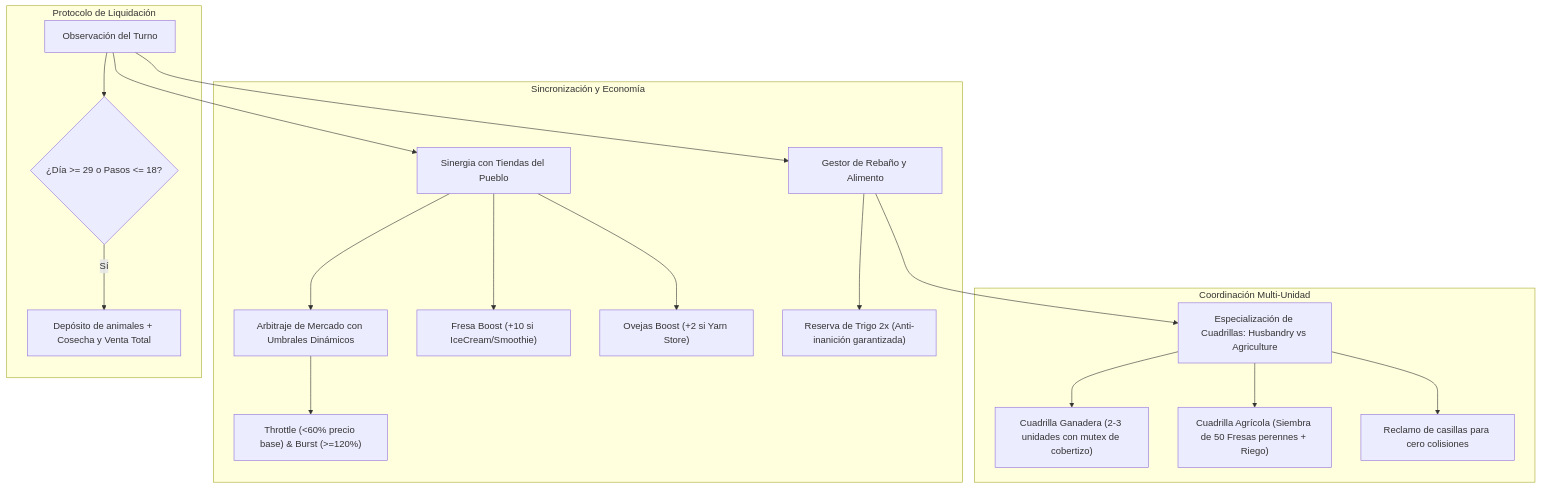
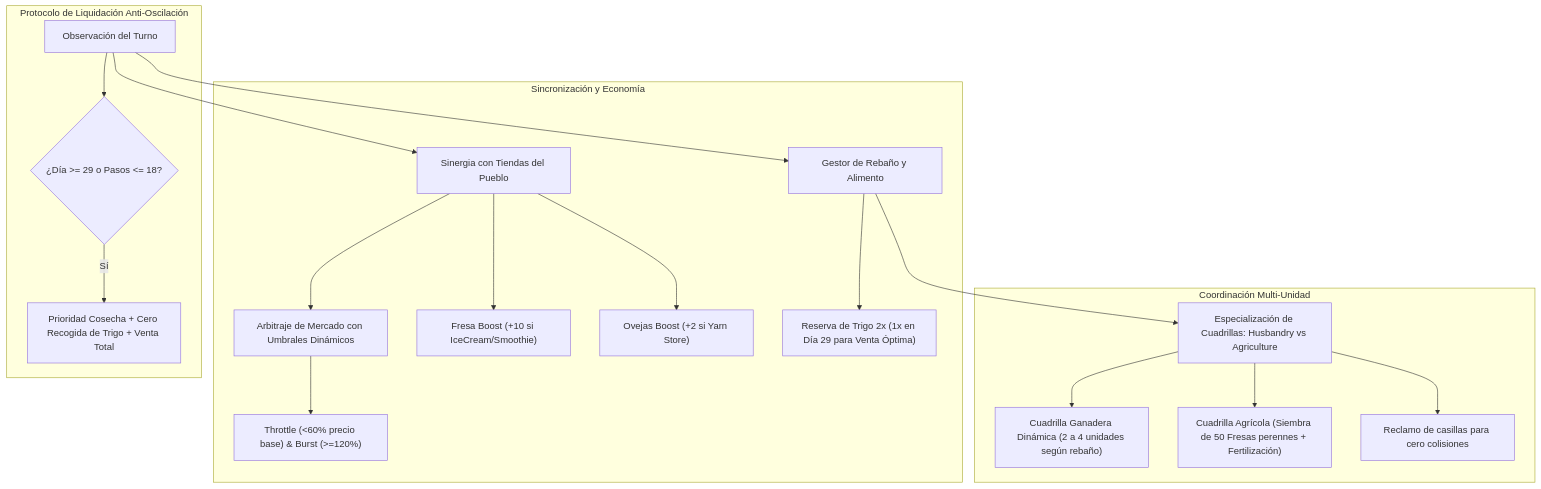
The diagram in 06_kaggriculture/README.md (javier-hernaez/kaggle-portfolio), drawn with Mermaid before and after one commit. The commit also changed other lines of this file and 3 other files, not shown here.

````diff
--- a/06_kaggriculture/README.md
+++ b/06_kaggriculture/README.md
@@ -74,25 +75,25 @@
 ```mermaid
 flowchart TD
     A[Observación del Turno] --> B[Sinergia con Tiendas del Pueblo]
     A --> C[Gestor de Rebaño y Alimento]
     B --> D[Arbitraje de Mercado con Umbrales Dinámicos]
     C --> E[Especialización de Cuadrillas: Husbandry vs Agriculture]
     
     subgraph Sincronización y Economía
         B --> F1["Fresa Boost (+10 si IceCream/Smoothie)"]
         B --> F2["Ovejas Boost (+2 si Yarn Store)"]
         D --> F3["Throttle (<60% precio base) & Burst (>=120%)"]
-        C --> F4["Reserva de Trigo 2x (Anti-inanición garantizada)"]
+        C --> F4["Reserva de Trigo 2x (1x en Día 29 para Venta Óptima)"]
     end
     
     subgraph Coordinación Multi-Unidad
-        E --> G1["Cuadrilla Ganadera (2-3 unidades con mutex de cobertizo)"]
-        E --> G2["Cuadrilla Agrícola (Siembra de 50 Fresas perennes + Riego)"]
+        E --> G1["Cuadrilla Ganadera Dinámica (2 a 4 unidades según rebaño)"]
+        E --> G2["Cuadrilla Agrícola (Siembra de 50 Fresas perennes + Fertilización)"]
         E --> G3["Reclamo de casillas para cero colisiones"]
     end
     
-    subgraph Protocolo de Liquidación
+    subgraph Protocolo de Liquidación Anti-Oscilación
         A --> H{"¿Día >= 29 o Pasos <= 18?"}
-        H -- Sí --> I["Depósito de animales + Cosecha y Venta Total"]
+        H -- Sí --> I["Prioridad Cosecha + Cero Recogida de Trigo + Venta Total"]
     end
 ```
````
